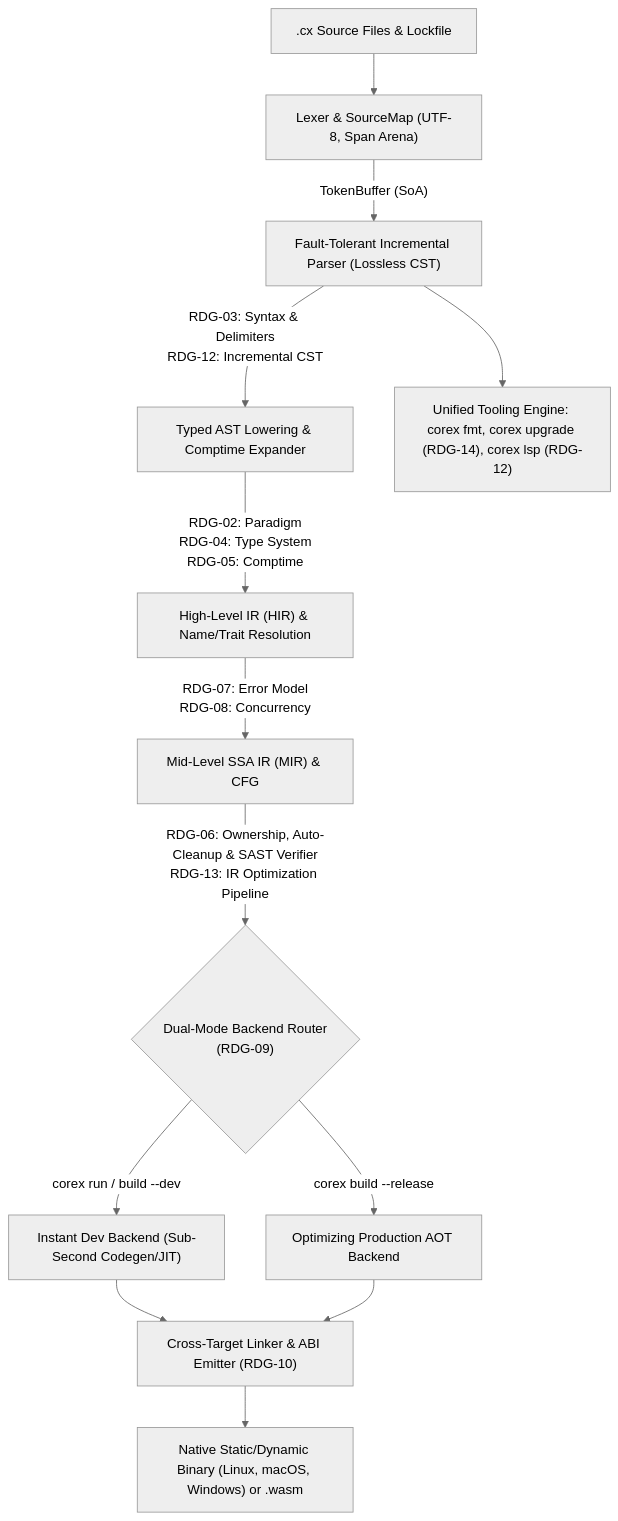
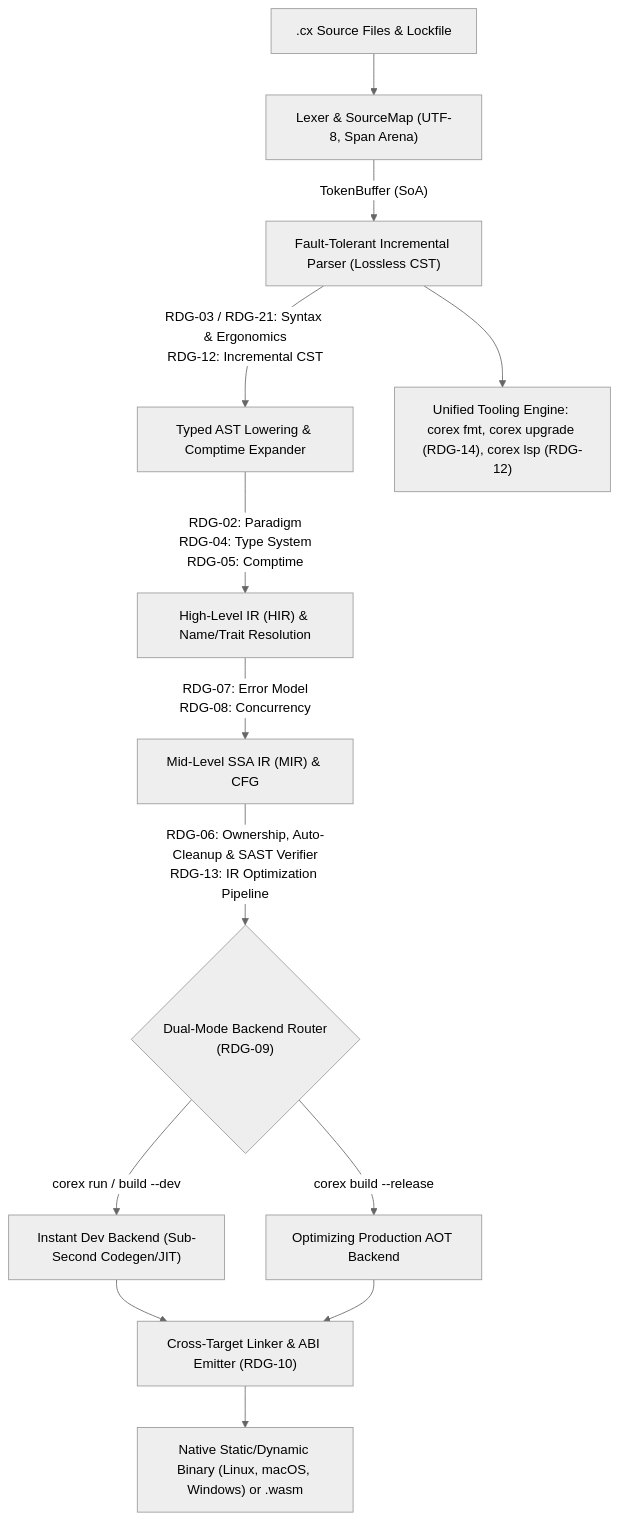
The diagram in PLAN.md (corex-lang/corex), drawn with Mermaid (neutral theme) before and after one commit. The commit also changed other lines of this file and 4 other files, not shown here.

````diff
--- a/PLAN.md
+++ b/PLAN.md
@@ -13,15 +13,15 @@
 ```mermaid
 flowchart TD
     SRC[".cx Source Files & Lockfile"] --> LEX["Lexer & SourceMap (UTF-8, Span Arena)"]
     LEX -->|"TokenBuffer (SoA)"| CST["Fault-Tolerant Incremental Parser (Lossless CST)"]
-    CST -->|"RDG-03: Syntax & Delimiters\nRDG-12: Incremental CST"| AST["Typed AST Lowering & Comptime Expander"]
+    CST -->|"RDG-03 / RDG-21: Syntax & Ergonomics\nRDG-12: Incremental CST"| AST["Typed AST Lowering & Comptime Expander"]
     AST -->|"RDG-02: Paradigm\nRDG-04: Type System\nRDG-05: Comptime"| HIR["High-Level IR (HIR) & Name/Trait Resolution"]
     HIR -->|"RDG-07: Error Model\nRDG-08: Concurrency"| MIR["Mid-Level SSA IR (MIR) & CFG"]
     MIR -->|"RDG-06: Ownership, Auto-Cleanup & SAST Verifier\nRDG-13: IR Optimization Pipeline"| BACKEND{"Dual-Mode Backend Router\n(RDG-09)"}
     BACKEND -->|"corex run / build --dev"| DEV["Instant Dev Backend (Sub-Second Codegen/JIT)"]
     BACKEND -->|"corex build --release"| PROD["Optimizing Production AOT Backend"]
     DEV --> LINK["Cross-Target Linker & ABI Emitter (RDG-10)"]
     PROD --> LINK
     LINK --> OUT["Native Static/Dynamic Binary (Linux, macOS, Windows) or .wasm"]
     CST --> TOOLING["Unified Tooling Engine: corex fmt, corex upgrade (RDG-14), corex lsp (RDG-12)"]
 ```
````
